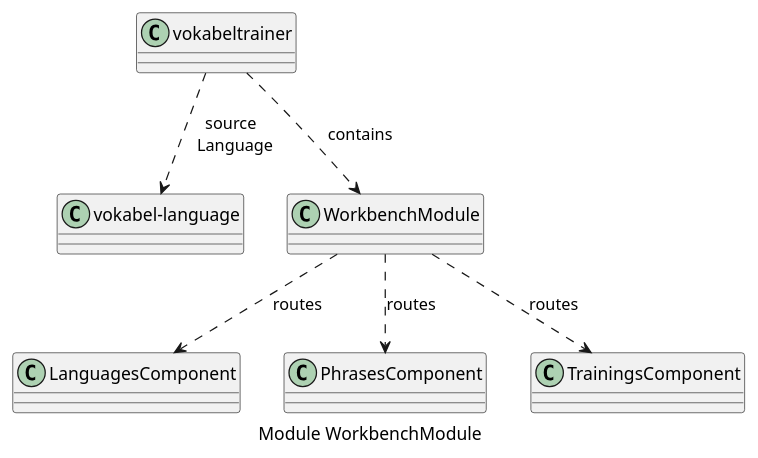
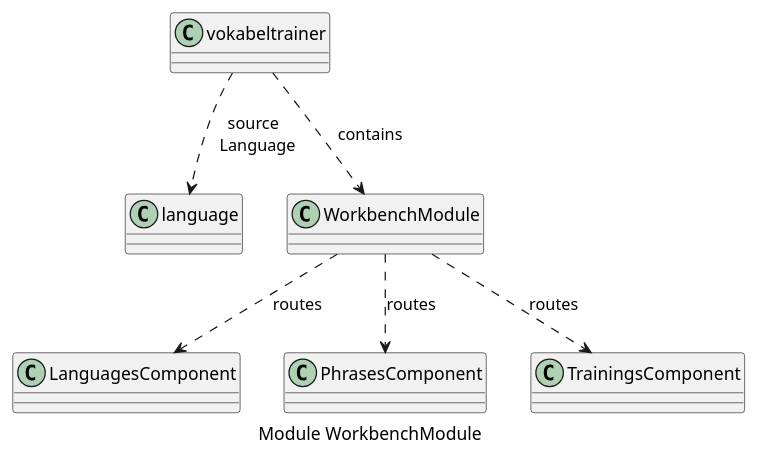
Before and after one commit to MrDolch/couchapp-angular-Vokabeltrainer: the fourth of 4 diagrams in Readme.md, drawn with PlantUML. The commit also changed 10 other files, not shown here.

````diff
--- a/Readme.md
+++ b/Readme.md
@@ -100,12 +100,12 @@
 ```plantuml
 @startuml
 caption Module WorkbenchModule
 
-vokabeltrainer ..> "vokabel-language" : source \n Language
+vokabeltrainer ..> "language" : source \n Language
 vokabeltrainer ..> WorkbenchModule : contains
 WorkbenchModule ..> LanguagesComponent : routes
 WorkbenchModule ..> PhrasesComponent : routes
 WorkbenchModule ..> TrainingsComponent : routes
 
 @enduml
 ```
````
